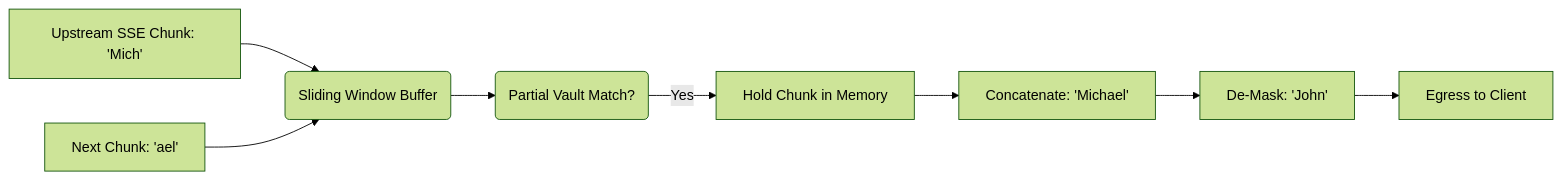
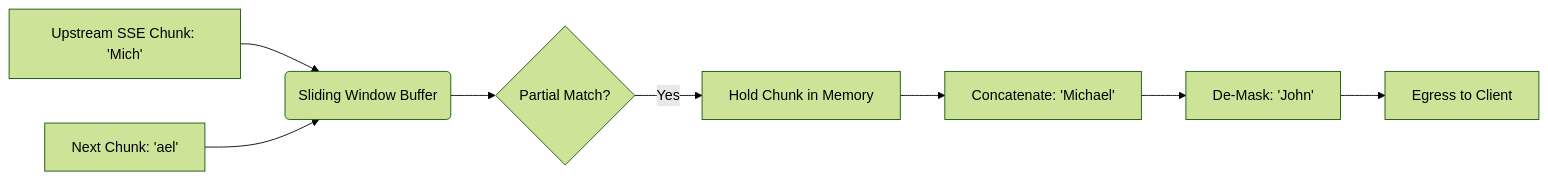
Before and after one commit to ninadphalak/LLM-Shield-Proxy: the diagram in website/docs/features/ultra-low-latency-streaming-traffic-engineering/sub-millisecond-sse-sliding-window-buffer.md, drawn with Mermaid (forest theme). The commit also changed other lines of this file and 94 other files, not shown here.

````diff
--- a/website/docs/features/ultra-low-latency-streaming-traffic-engineering/sub-millisecond-sse-sliding-window-buffer.md
+++ b/website/docs/features/ultra-low-latency-streaming-traffic-engineering/sub-millisecond-sse-sliding-window-buffer.md
@@ -18,10 +16,10 @@
 ```mermaid
 flowchart LR
     A[Upstream SSE Chunk: 'Mich'] --> B(Sliding Window Buffer)
-    B --> C(Partial Vault Match?)
+    B --> C{Partial Match?}
     C -->|Yes| D[Hold Chunk in Memory]
     E[Next Chunk: 'ael'] --> B
     D --> F[Concatenate: 'Michael']
     F --> G[De-Mask: 'John']
     G --> H[Egress to Client]
 ```
````
